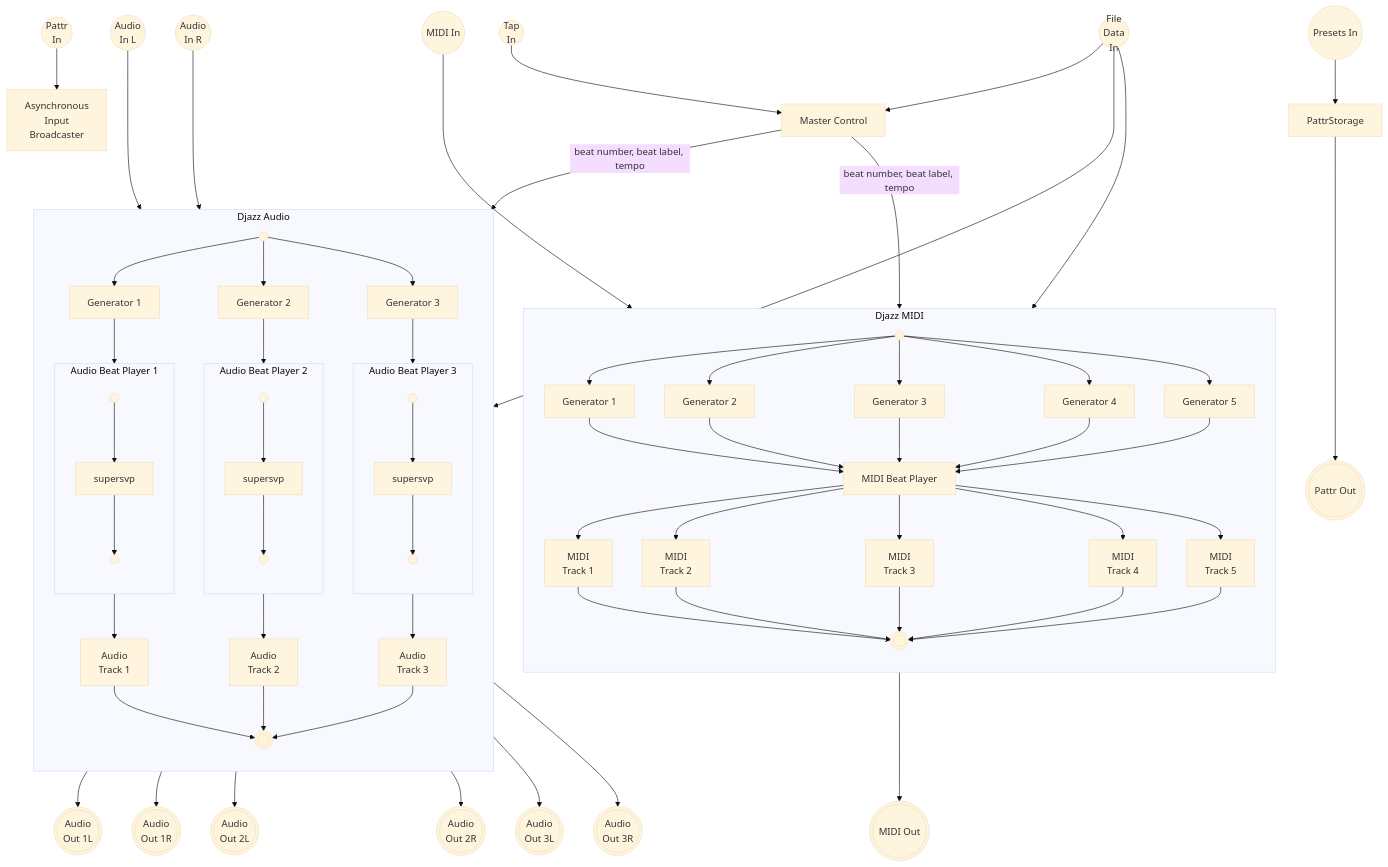
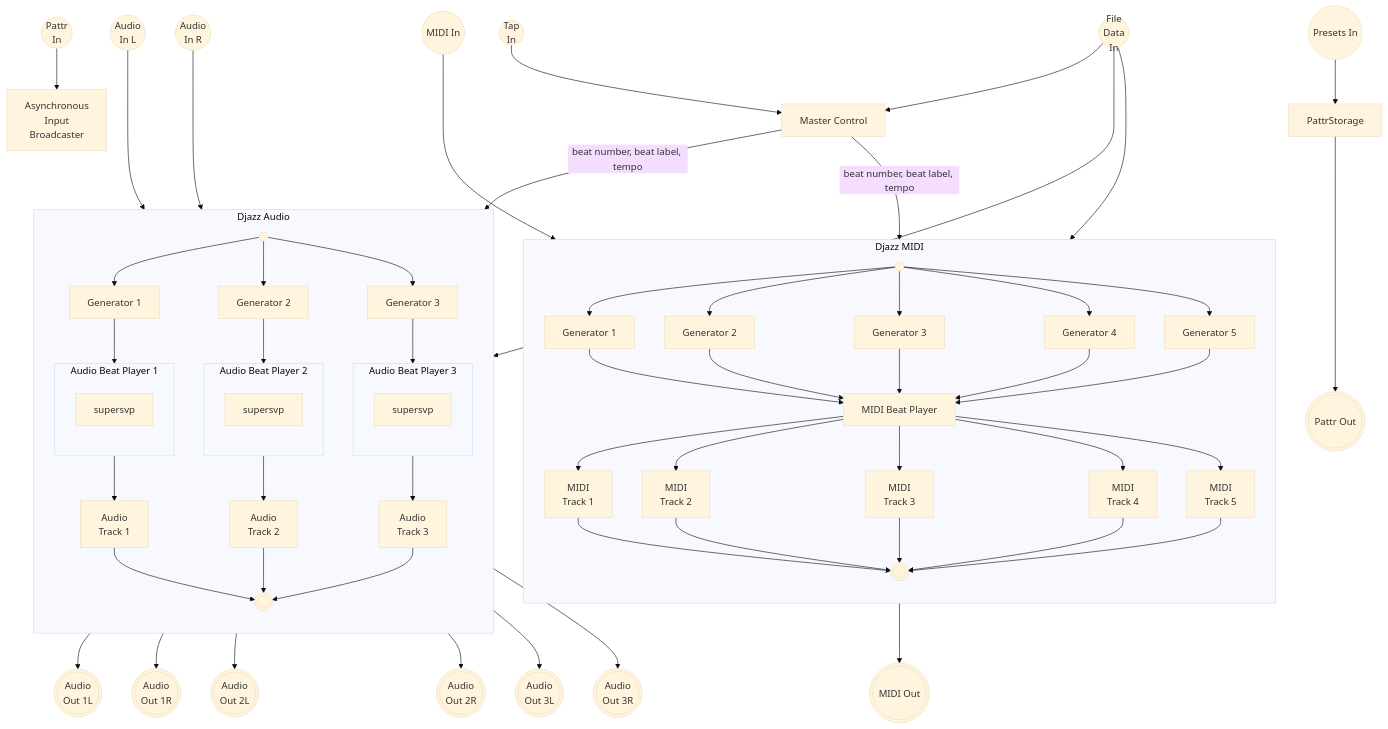
Before and after one commit to repmus-docs/DjazzDocs: the second of 2 diagrams in content/3_API/1_abstraction_references/djazz.md, drawn with Mermaid (base theme).

Commit message:
fix djazz diagram

```diff
--- a/content/3_API/1_abstraction_references/djazz.md
+++ b/content/3_API/1_abstraction_references/djazz.md
@@ -110,26 +110,17 @@
 
   subgraph abPlayer1[Audio Beat Player 1];
   direction TB
-    ab1in(( ))
-    ab1out(( ))
     svp1[supersvp]
-    ab1in --> svp1 --> ab1out
   end
 
   subgraph abPlayer2[Audio Beat Player 2];
   direction TB
-    ab2in(( ))
-    ab2out(( ))
     svp2[supersvp]
-    ab2in --> svp2 --> ab2out
   end
 
   subgraph abPlayer3[Audio Beat Player 3];
   direction TB
-    ab3in(( ))
-    ab3out(( ))
     svp3[supersvp]
-    ab3in --> svp3 --> ab3out
   end
 
   at1[Audio\nTrack 1]
@@ -138,12 +129,12 @@
 
   agOut((( )))
 
-  agIn    --> ag1 --> ab1in 
-  ab1out  --> at1 --> agOut
-  agIn    --> ag2 --> ab2in
-  ab2out  --> at2 --> agOut
-  agIn    --> ag3 --> ab3in 
-  ab3out  --> at3 --> agOut
+  agIn      --> ag1 --> abPlayer1 
+  abPlayer1 --> at1 --> agOut
+  agIn      --> ag2 --> abPlayer2
+  abPlayer2 --> at2 --> agOut
+  agIn      --> ag3 --> abPlayer3 
+  abPlayer3 --> at3 --> agOut
 end
 
 PattrStorage[PattrStorage]
```
